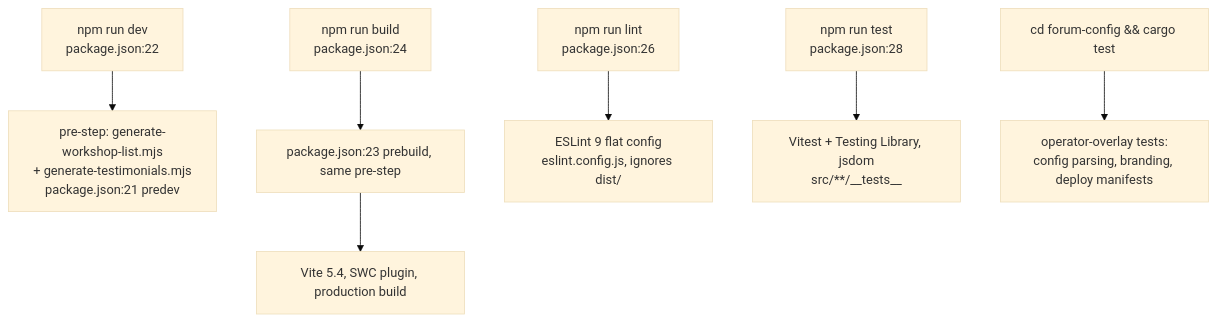
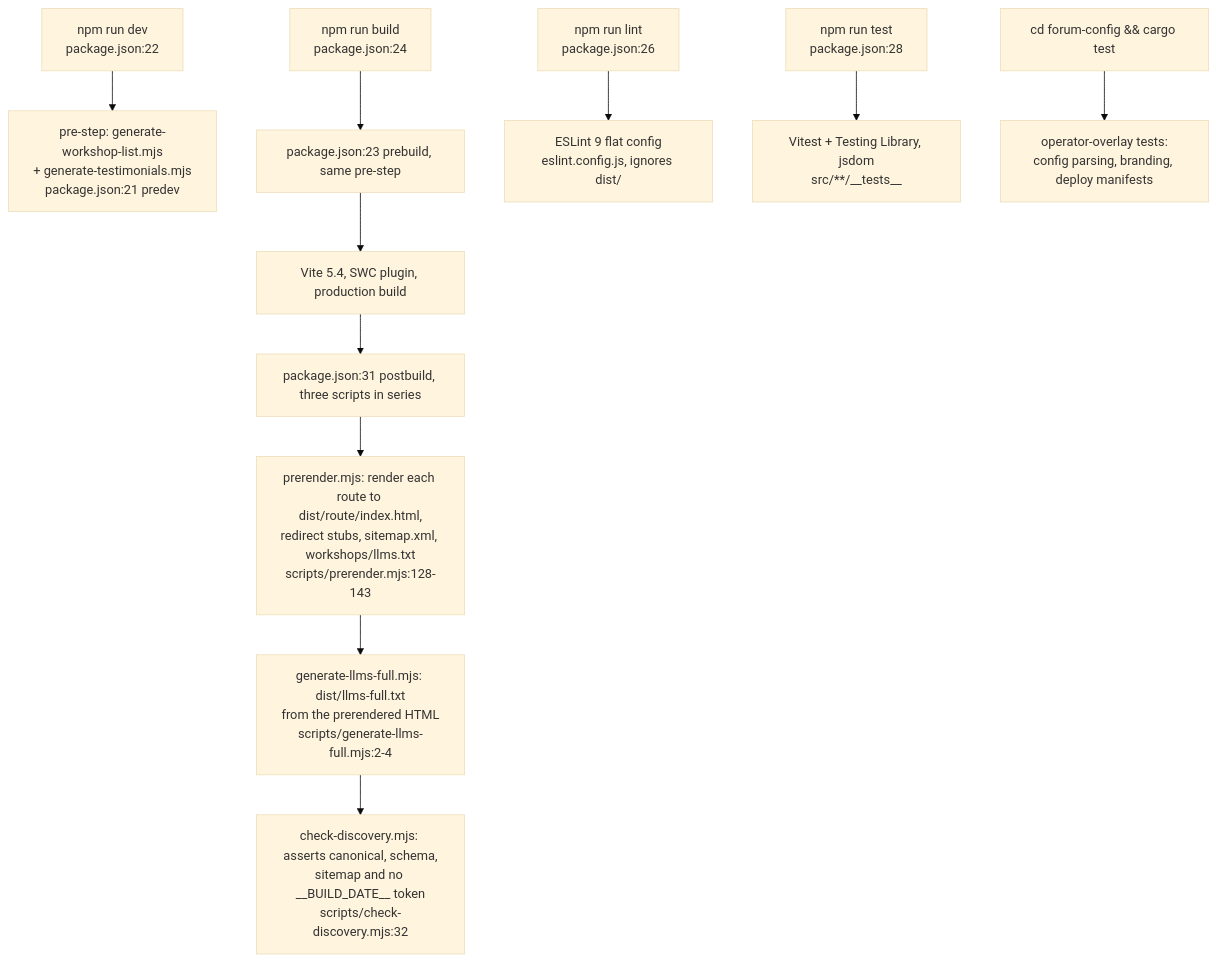
The second of 5 diagrams in docs/diagrams/dreamlab-ai-website/02-site-build-and-pages-deploy.md (DreamLab-AI/VisionFlow), drawn with Mermaid (base theme) before and after one commit. The commit also changed other lines of this file and 80 other files, not shown here.

First line of the commit message:
docs(diagrams): re-verify the agentbox, dreamlab, estate and visionflow corpus against current sources

````diff
--- a/docs/diagrams/dreamlab-ai-website/02-site-build-and-pages-deploy.md
+++ b/docs/diagrams/dreamlab-ai-website/02-site-build-and-pages-deploy.md
@@ -42,9 +47,13 @@
 ```mermaid
 flowchart TB
     DEV["npm run dev<br/>package.json:22"] --> PRE1["pre-step: generate-workshop-list.mjs<br/>+ generate-testimonials.mjs<br/>package.json:21 predev"]
     BUILD["npm run build<br/>package.json:24"] --> PRE1B["package.json:23 prebuild, same pre-step"]
     PRE1B --> VITE["Vite 5.4, SWC plugin, production build"]
+    VITE --> POST["package.json:31 postbuild, three scripts in series"]
+    POST --> PRER["prerender.mjs: render each route to dist/route/index.html,<br/>redirect stubs, sitemap.xml, workshops/llms.txt<br/>scripts/prerender.mjs:128-143"]
+    PRER --> LLMS["generate-llms-full.mjs: dist/llms-full.txt<br/>from the prerendered HTML<br/>scripts/generate-llms-full.mjs:2-4"]
+    LLMS --> DISC["check-discovery.mjs: asserts canonical, schema,<br/>sitemap and no __BUILD_DATE__ token<br/>scripts/check-discovery.mjs:32"]
     LINT["npm run lint<br/>package.json:26"] --> ESLINT["ESLint 9 flat config<br/>eslint.config.js, ignores dist/"]
     TEST["npm run test<br/>package.json:28"] --> VITEST["Vitest + Testing Library, jsdom<br/>src/**/__tests__"]
     RUSTT["cd forum-config && cargo test"] --> RUSTOVERLAY["operator-overlay tests:<br/>config parsing, branding, deploy manifests"]
 ```
````
